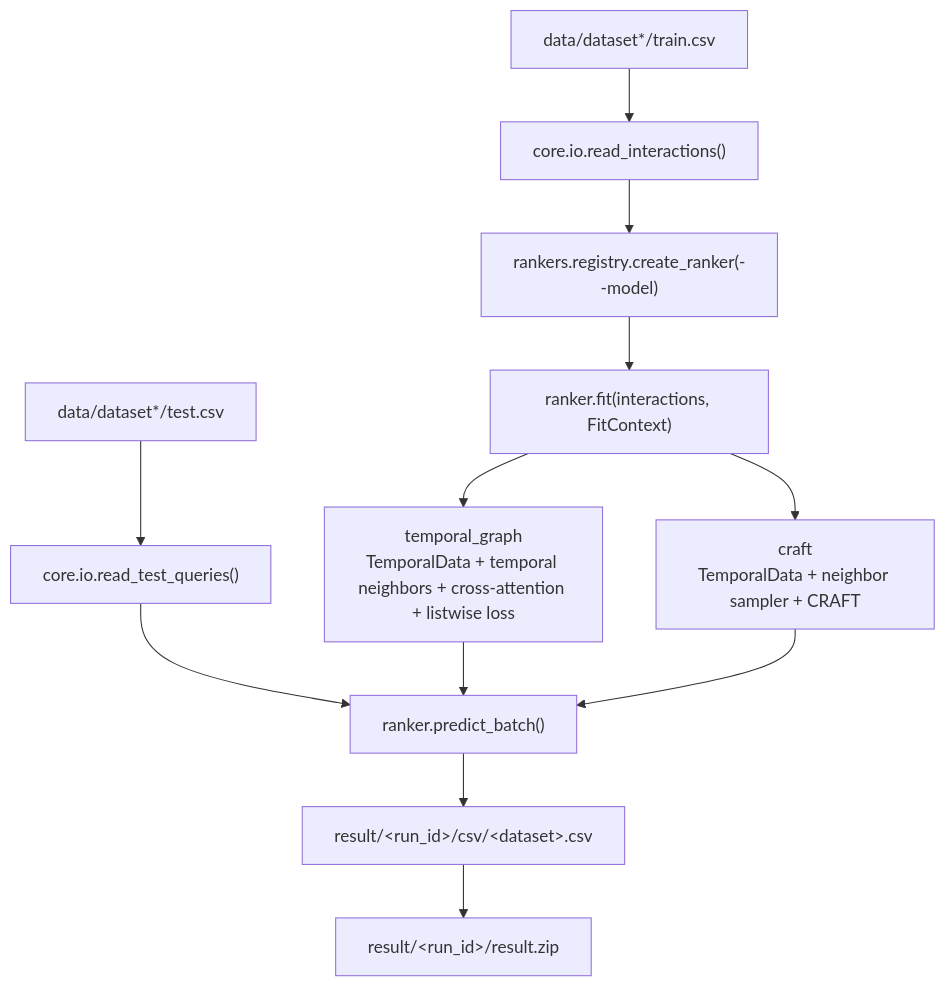
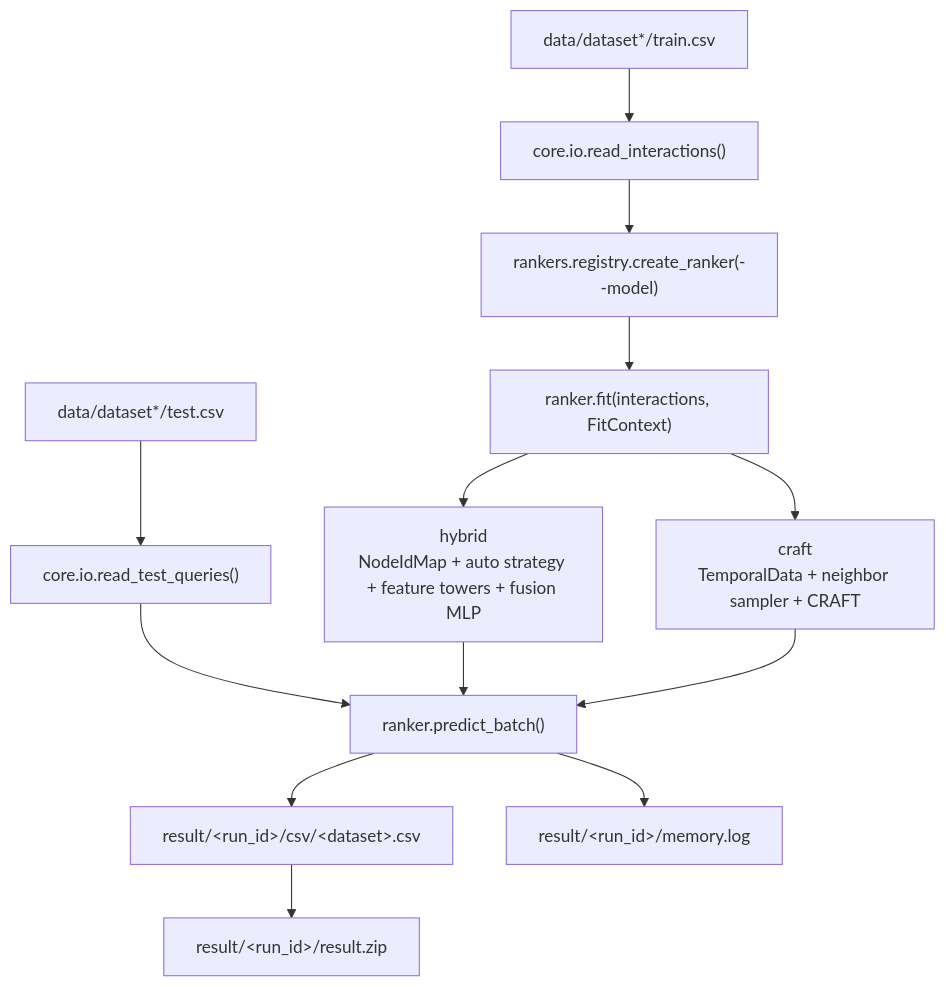
Before and after one commit to Puiching-Memory/jittor-GPNUT1-JGRec: the second of 2 diagrams in docs/system/architecture.md, drawn with Mermaid. The commit also changed other lines of this file and 40 other files, not shown here.

Commit message:
feat(hybrid): add auto strategy and submission docs

````diff
--- a/docs/system/architecture.md
+++ b/docs/system/architecture.md
@@ -41,15 +42,16 @@
 ```mermaid
 flowchart TB
     Train["data/dataset*/train.csv"] --> ReadTrain["core.io.read_interactions()"]
     ReadTrain --> Create["rankers.registry.create_ranker(--model)"]
     Create --> Fit["ranker.fit(interactions, FitContext)"]
-    Fit --> H["temporal_graph<br/>TemporalData + temporal neighbors + cross-attention + listwise loss"]
+    Fit --> H["hybrid<br/>NodeIdMap + auto strategy + feature towers + fusion MLP"]
     Fit --> C["craft<br/>TemporalData + neighbor sampler + CRAFT"]
 
     Test["data/dataset*/test.csv"] --> ReadTest["core.io.read_test_queries()"]
     ReadTest --> Predict["ranker.predict_batch()"]
     H --> Predict
     C --> Predict
     Predict --> CSV["result/&lt;run_id&gt;/csv/&lt;dataset&gt;.csv"]
+    Predict --> Log["result/&lt;run_id&gt;/memory.log"]
     CSV --> ZIP["result/&lt;run_id&gt;/result.zip"]
 ```
````
